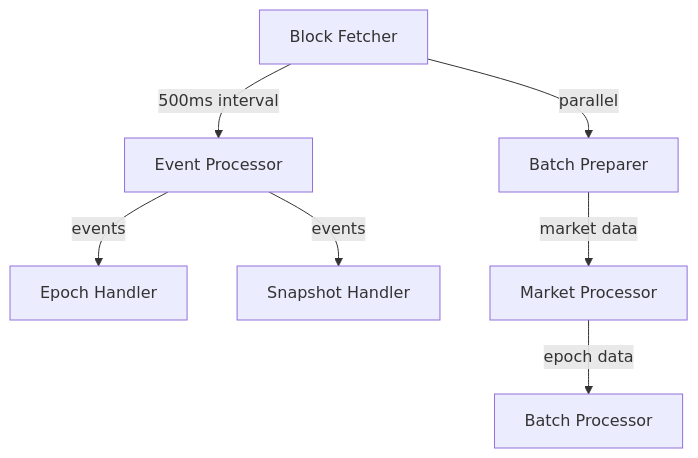
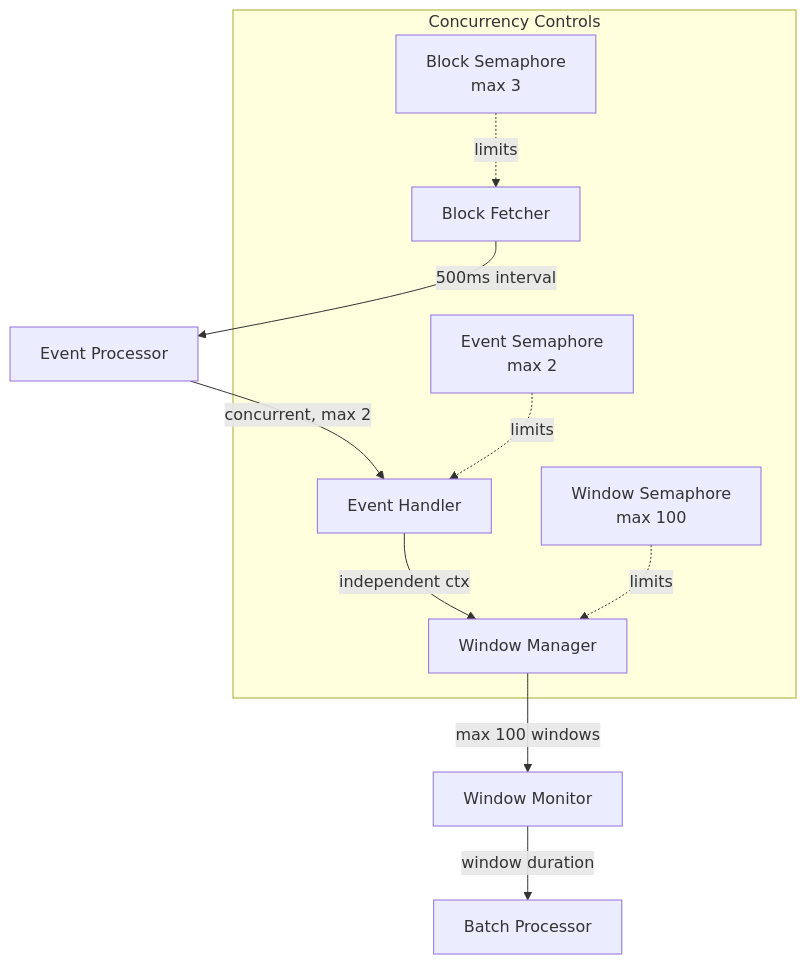
One commit to powerloom/submission-sequencer-event-collector changed the diagram in FunctionalDescription.md. Above: the diagram before and after it, drawn with Mermaid. The commit also changed other lines of this file, not shown here.

Commit message:
feat: enhance resource management with detailed concurrency controls, context hierarchies, and component responsibilities

````diff
--- a/FunctionalDescription.md
+++ b/FunctionalDescription.md
@@ -19,9 +19,14 @@
 ```mermaid
 graph TD
     A[Block Fetcher] -->|500ms interval| B[Event Processor]
-    A -->|parallel| C[Batch Preparer]
-    B -->|events| D[Epoch Handler]
-    B -->|events| E[Snapshot Handler]
-    C -->|market data| F[Market Processor]
-    F -->|epoch data| G[Batch Processor]
+    B -->|concurrent, max 2| C[Event Handler]
+    C -->|independent ctx| D[Window Manager]
+    D -->|max 100 windows| E[Window Monitor]
+    E -->|window duration| F[Batch Processor]
+    
+    subgraph "Concurrency Controls"
+        BS[Block Semaphore<br/>max 3] -.->|limits| A
+        ES[Event Semaphore<br/>max 2] -.->|limits| C
+        WS[Window Semaphore<br/>max 100] -.->|limits| D
+    end
 ```
````
